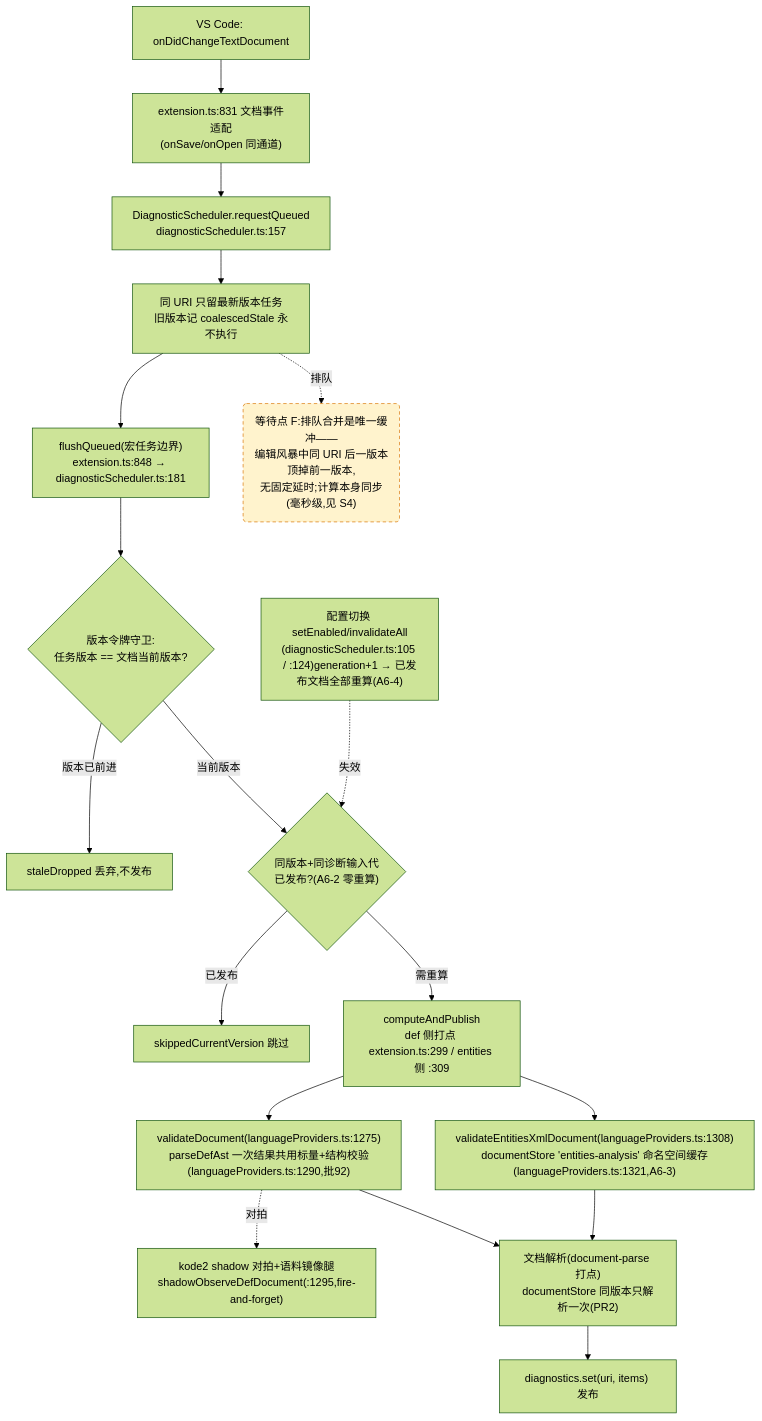
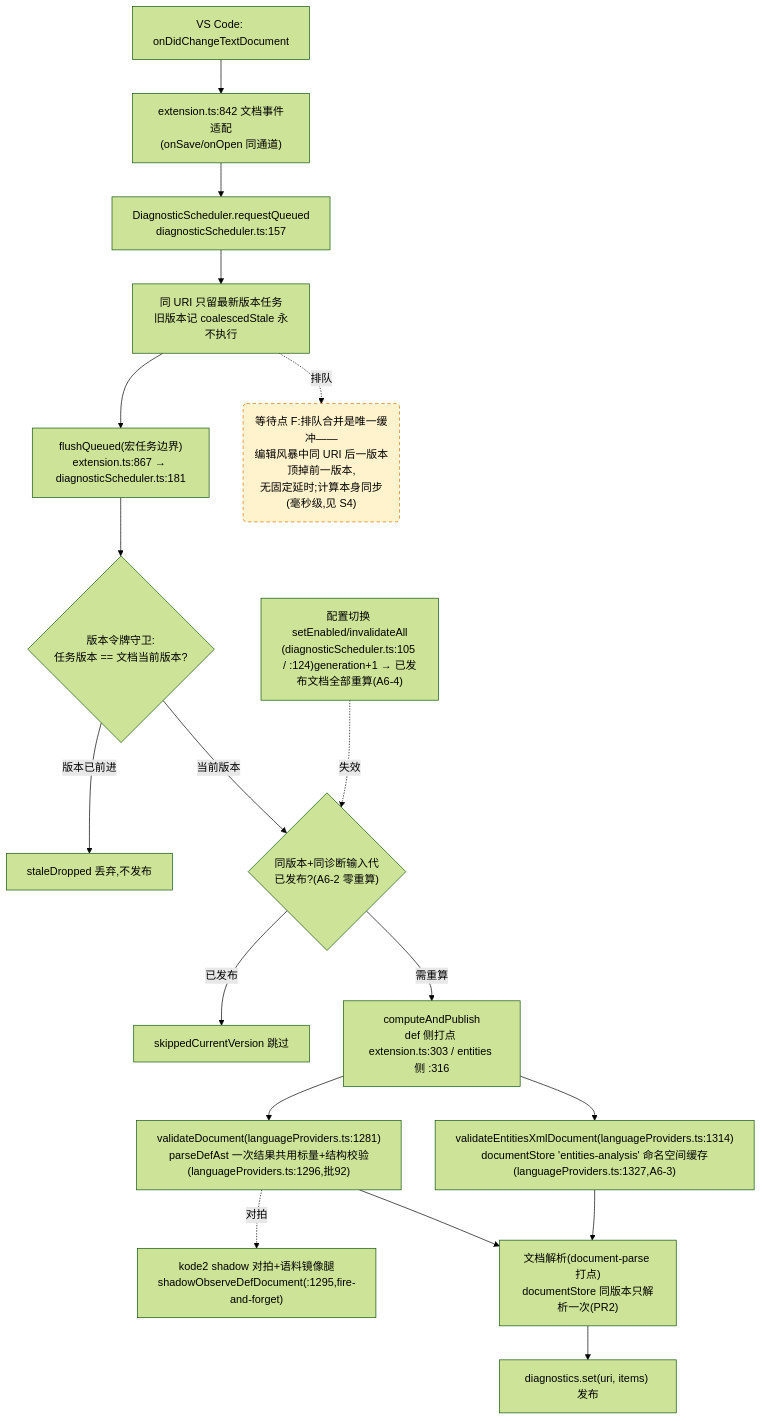
One commit to cuihairu/kode changed the fourth of 4 diagrams in docs/perf/2026-baseline.md. Above: the diagram before and after it, drawn with Mermaid (forest theme). The commit also changed other lines of this file and 6 other files, not shown here.

````diff
--- a/docs/perf/2026-baseline.md
+++ b/docs/perf/2026-baseline.md
@@ -214,38 +214,38 @@
 ```mermaid
 flowchart TD
   CHG["VS Code: onDidChangeTextDocument"]
-  WATCH["extension.ts:831 文档事件适配<br/>(onSave/onOpen 同通道)"]
+  WATCH["extension.ts:842 文档事件适配<br/>(onSave/onOpen 同通道)"]
   RQ["DiagnosticScheduler.requestQueued<br/>diagnosticScheduler.ts:157"]
   CO["同 URI 只留最新版本任务<br/>旧版本记 coalescedStale 永不执行"]
-  FL["flushQueued(宏任务边界)<br/>extension.ts:848 → diagnosticScheduler.ts:181"]
+  FL["flushQueued(宏任务边界)<br/>extension.ts:867 → diagnosticScheduler.ts:181"]
   VG{"版本令牌守卫:<br/>任务版本 == 文档当前版本?"}
   DROP["staleDropped 丢弃,不发布"]
   GEN{"同版本+同诊断输入代<br/>已发布?(A6-2 零重算)"}
   SKIP["skippedCurrentVersion 跳过"]
-  CALC["computeAndPublish<br/>def 侧打点 extension.ts:299 / entities 侧 :309"]
-  VD["validateDocument(languageProviders.ts:1275)<br/>parseDefAst 一次结果共用标量+结构校验(languageProviders.ts:1290,批92)"]
-  VEX["validateEntitiesXmlDocument(languageProviders.ts:1308)<br/>documentStore 'entities-analysis' 命名空间缓存(languageProviders.ts:1321,A6-3)"]
+  CALC["computeAndPublish<br/>def 侧打点 extension.ts:303 / entities 侧 :316"]
+  VD["validateDocument(languageProviders.ts:1281)<br/>parseDefAst 一次结果共用标量+结构校验(languageProviders.ts:1296,批92)"]
+  VEX["validateEntitiesXmlDocument(languageProviders.ts:1314)<br/>documentStore 'entities-analysis' 命名空间缓存(languageProviders.ts:1327,A6-3)"]
   SHDD["kode2 shadow 对拍+语料镜像腿<br/>shadowObserveDefDocument(:1295,fire-and-forget)"]
   DS["文档解析(document-parse 打点)<br/>documentStore 同版本只解析一次(PR2)"]
   PUB["diagnostics.set(uri, items) 发布"]
   CFG2["配置切换 setEnabled/invalidateAll<br/>(diagnosticScheduler.ts:105 / :124)generation+1 → 已发布文档全部重算(A6-4)"]
 
   CHG --> WATCH --> RQ --> CO --> FL --> VG
   VG -- "版本已前进" --> DROP
   VG -- "当前版本" --> GEN
   GEN -- "已发布" --> SKIP
   GEN -- "需重算" --> CALC
   CALC --> VD
   CALC --> VEX
   VD --> DS
   VEX --> DS
   DS --> PUB
   VD -.->|对拍| SHDD
   CFG2 -.->|失效| GEN
 
   WAITF("等待点 F:排队合并是唯一缓冲——<br/>编辑风暴中同 URI 后一版本顶掉前一版本,<br/>无固定延时;计算本身同步(毫秒级,见 S4)")
   CO -.->|排队| WAITF
 
   classDef waitPoint fill:#fff3cd,stroke:#d97706,stroke-dasharray:5 4;
   class WAITF waitPoint;
 ```
````
